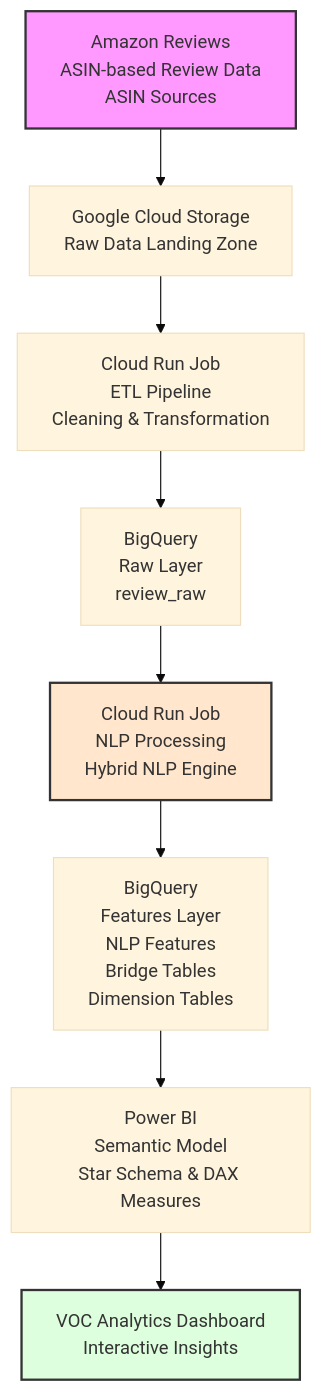
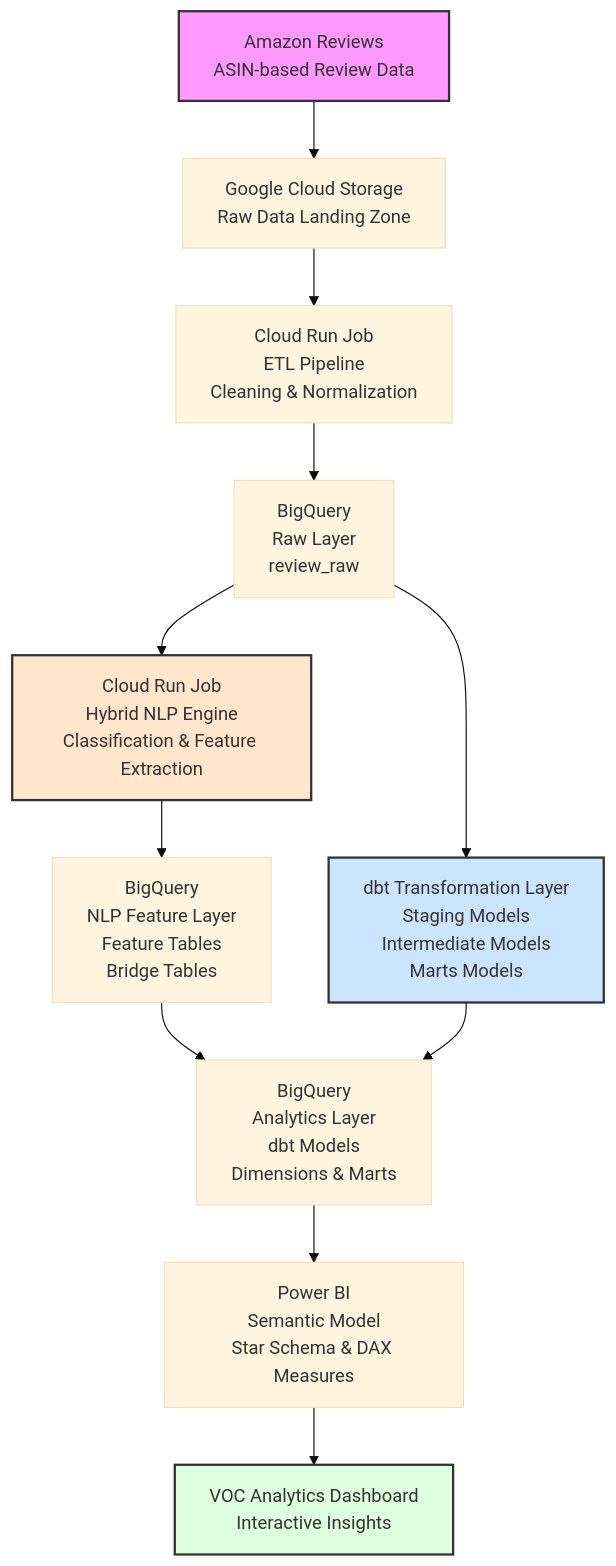
One commit to eric-data-ai/amazon-voc-pipeline changed the diagram in README.md. Above: the diagram before and after it, drawn with Mermaid (base theme). The commit also changed other lines of this file and 2 other files, not shown here.

````diff
--- a/README.md
+++ b/README.md
@@ -13,33 +13,45 @@
 ```mermaid
 flowchart TD
 
-A[Amazon Reviews<br/>ASIN-based Review Data<br/>ASIN Sources]
+A[Amazon Reviews<br/>ASIN-based Review Data]
 
 B[Google Cloud Storage<br/>Raw Data Landing Zone]
 
-C[Cloud Run Job<br/>ETL Pipeline<br/>Cleaning & Transformation]
+C[Cloud Run Job<br/>ETL Pipeline<br/>Cleaning & Normalization]
 
 D[BigQuery<br/>Raw Layer<br/>review_raw]
 
-E[Cloud Run Job<br/>NLP Processing<br/>Hybrid NLP Engine]
+E[Cloud Run Job<br/>Hybrid NLP Engine<br/>Classification & Feature Extraction]
 
-F[BigQuery<br/>Features Layer<br/>NLP Features<br/>Bridge Tables<br/>Dimension Tables]
+F[BigQuery<br/>NLP Feature Layer<br/>Feature Tables<br/>Bridge Tables]
 
-G[Power BI<br/>Semantic Model<br/>Star Schema & DAX Measures]
+G[dbt Transformation Layer<br/>Staging Models<br/>Intermediate Models<br/>Marts Models]
 
-H[VOC Analytics Dashboard<br/>Interactive Insights]
+H[BigQuery<br/>Analytics Layer<br/>dbt Models<br/>Dimensions & Marts]
+
+I[Power BI<br/>Semantic Model<br/>Star Schema & DAX Measures]
+
+J[VOC Analytics Dashboard<br/>Interactive Insights]
 
 
 A --> B
 B --> C
 C --> D
+
 D --> E
+D --> G
+
 E --> F
-F --> G
+
+F --> H
 G --> H
+
+H --> I
+I --> J
 
 
 style A fill:#f9f,stroke:#333,stroke-width:2px
 style E fill:#ffe6cc,stroke:#333,stroke-width:2px
-style H fill:#dfd,stroke:#333,stroke-width:2px
+style G fill:#cce5ff,stroke:#333,stroke-width:2px
+style J fill:#dfd,stroke:#333,stroke-width:2px
 ```
````
